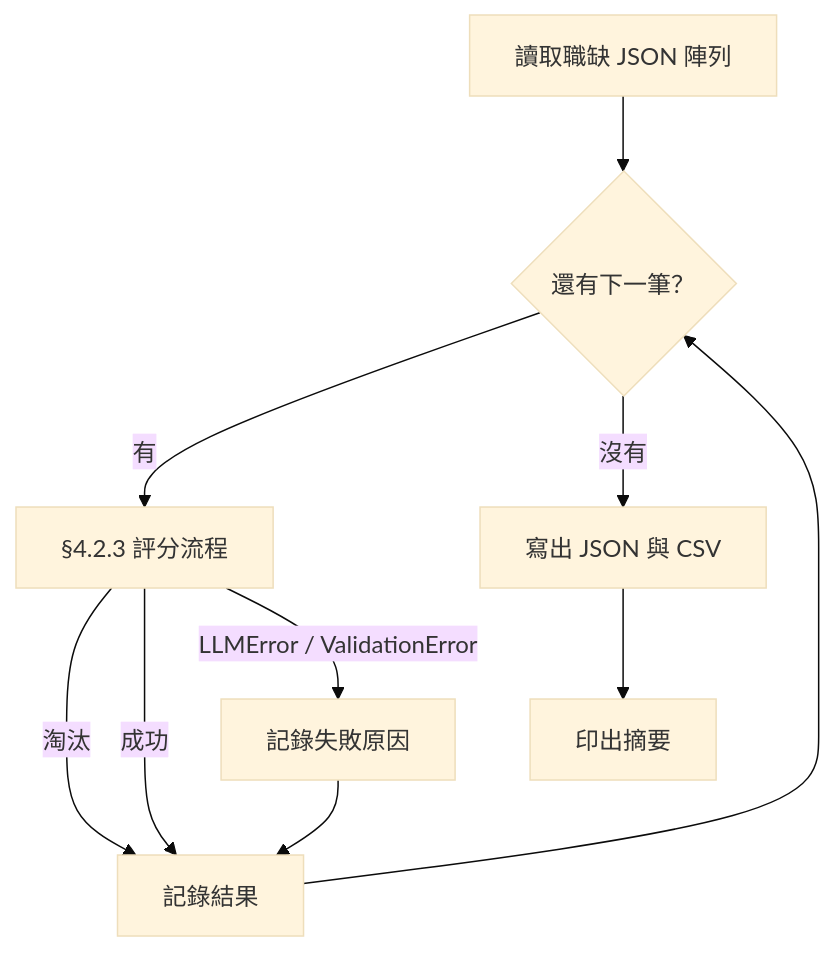
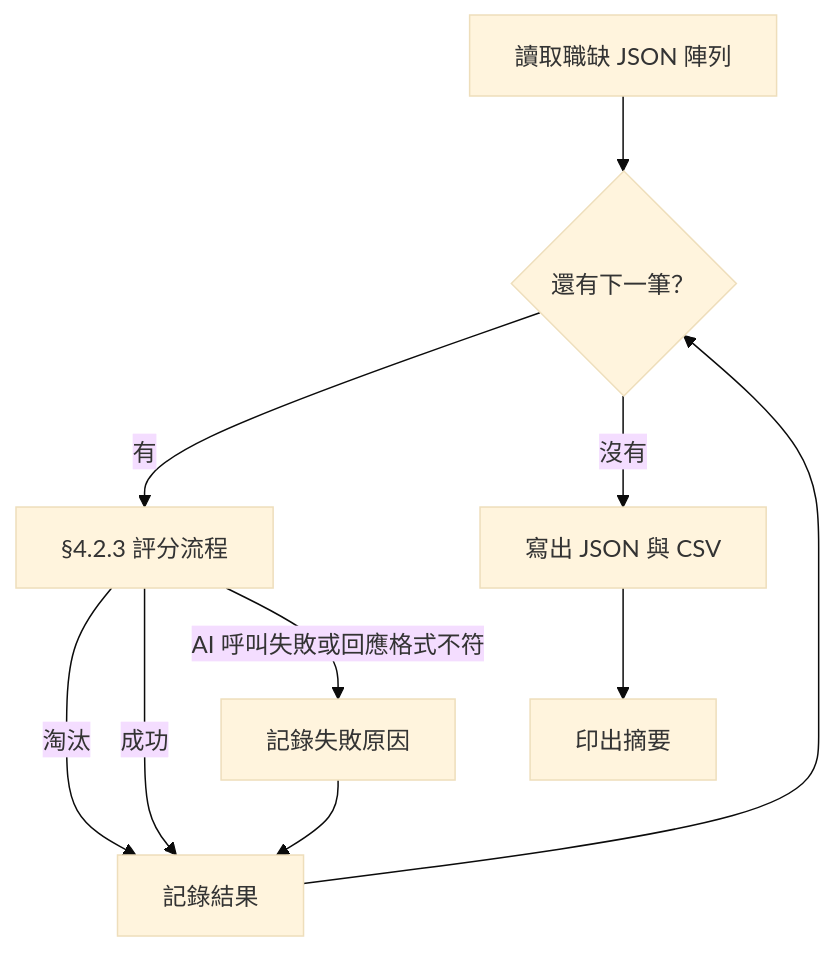
Before and after one commit to dlhdb/job-matching: the second of 3 diagrams in docs/features/job-scoring.md, drawn with Mermaid (base theme). The commit also changed other lines of this file and 15 other files, not shown here.

````diff
--- a/docs/features/job-scoring.md
+++ b/docs/features/job-scoring.md
@@ -477,10 +453,10 @@
 ```mermaid
 flowchart TD
     L[讀取職缺 JSON 陣列] --> N{還有下一筆？}
     N -->|有| S["§4.2.3 評分流程"]
     S -->|淘汰| R[記錄結果]
     S -->|成功| R
-    S -->|"LLMError / ValidationError"| E[記錄失敗原因] --> R
+    S -->|"AI 呼叫失敗或回應格式不符"| E[記錄失敗原因] --> R
     R --> N
     N -->|沒有| W["寫出 JSON 與 CSV"] --> M[印出摘要]
 ```
````
